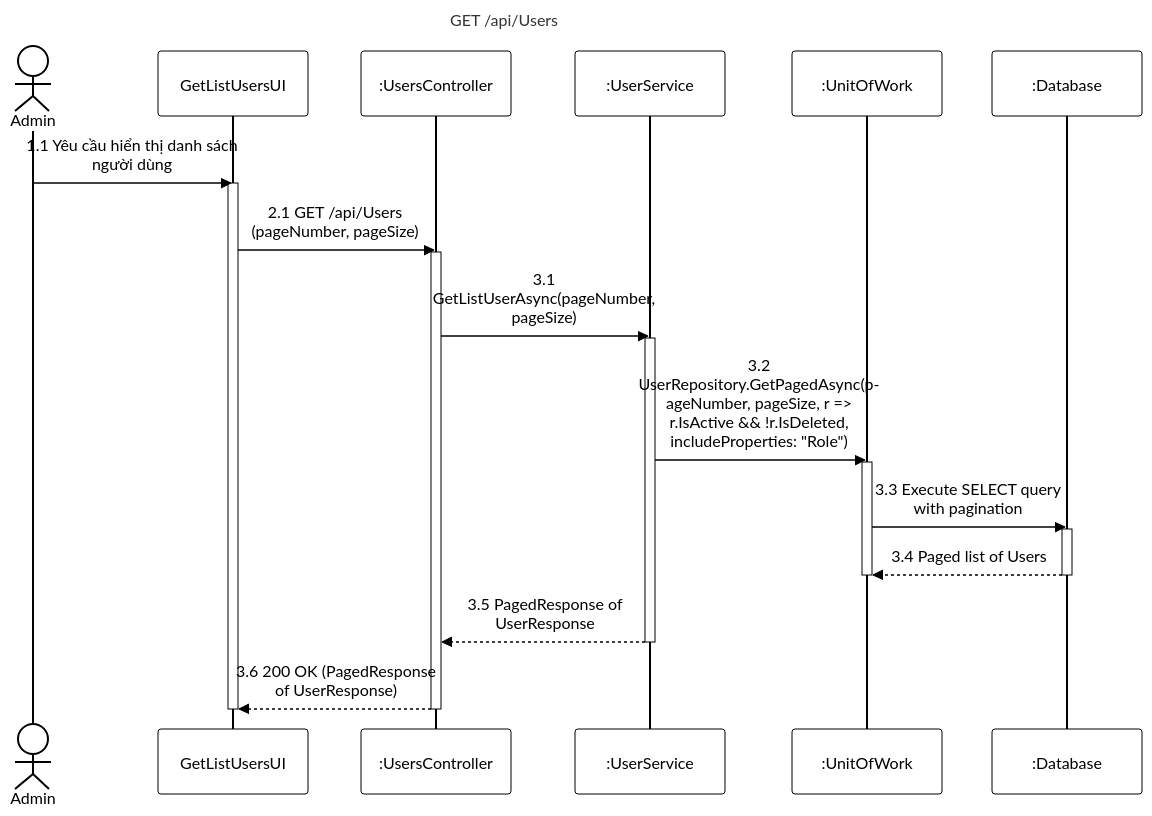
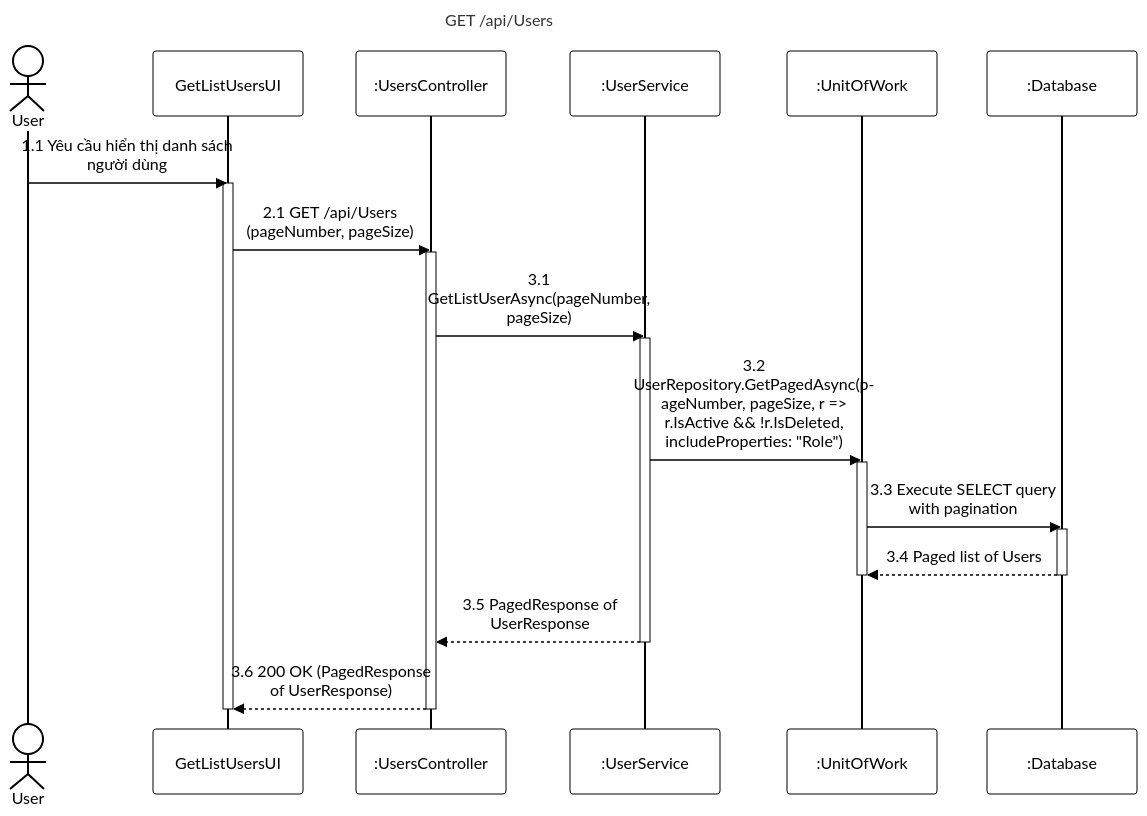
The diagram in 02-user-role-management/sequence-diagram/apis/get-list-users.mmd (PhucAnDev/docx-diagram), drawn with Mermaid before and after one commit. The commit also changed 13 other files, not shown here.

Commit message:
fix: update sequence diagrams for users and roles to align actors and validation with code

```diff
--- a/02-user-role-management/sequence-diagram/apis/get-list-users.mmd
+++ b/02-user-role-management/sequence-diagram/apis/get-list-users.mmd
@@ -1,31 +1,31 @@
 %%{init: {'theme':'base', 'themeVariables': {'actorBkg':'#ffffff','actorBorder':'#000000','actorTextColor':'#000000','actorLineColor':'#000000','signalColor':'#000000','signalTextColor':'#000000','labelBoxBkgColor':'#ffffff','labelBoxBorderColor':'#000000','labelTextColor':'#000000','loopTextColor':'#000000','noteBkgColor':'#ffffff','noteBorderColor':'#000000','noteTextColor':'#000000','activationBorderColor':'#000000','activationBkgColor':'#ffffff','sequenceNumberColor':'#000000'}, 'sequence': {'width':150,'height':65,'actorFontSize':16,'messageFontSize':16,'wrap':true,'wrapPadding':10}}}%%
 sequenceDiagram
     title GET /api/Users
-    actor Admin as Admin
+    actor User as User
     participant UI as GetListUsersUI
     participant Endpoint as :UsersController
     participant Service as :UserService
     participant DB as :UnitOfWork
     participant Database as :Database
 
-    Admin->>UI: 1.1 Yêu cầu hiển thị danh sách người dùng
+    User->>UI: 1.1 Yêu cầu hiển thị danh sách người dùng
     activate UI
     UI->>Endpoint: 2.1 GET /api/Users (pageNumber, pageSize)
     activate Endpoint
 
     Endpoint->>Service: 3.1 GetListUserAsync(pageNumber, pageSize)
     activate Service
 
     Service->>DB: 3.2 UserRepository.GetPagedAsync(pageNumber, pageSize, r => r.IsActive && !r.IsDeleted, includeProperties: "Role")
     activate DB
     DB->>Database: 3.3 Execute SELECT query with pagination
     activate Database
     Database-->>DB: 3.4 Paged list of Users
     deactivate Database
     deactivate DB
 
     Service-->>Endpoint: 3.5 PagedResponse of UserResponse
     deactivate Service
     Endpoint-->>UI: 3.6 200 OK (PagedResponse of UserResponse)
     deactivate Endpoint
     deactivate UI
```
